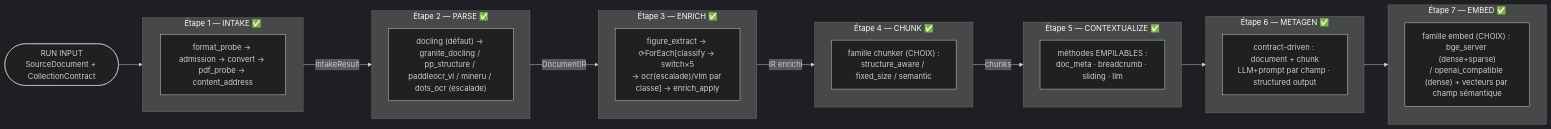
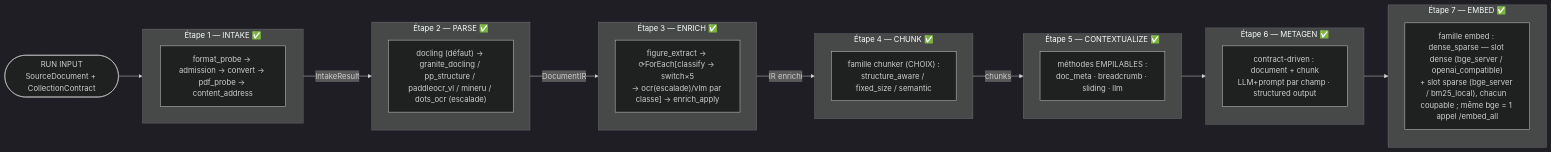
The first of 4 diagrams in src/docforge/PIPELINE.md (Florian-BARRE/DocForge), drawn with Mermaid (dark theme) before and after one commit. The commit also changed other lines of this file and 165 other files, not shown here.

First line of the commit message:
feat(embed): independent dense and sparse provider slots

````diff
--- a/src/docforge/PIPELINE.md
+++ b/src/docforge/PIPELINE.md
@@ -10,35 +10,35 @@
 ```mermaid
 flowchart LR
     RUN(["RUN INPUT<br/>SourceDocument + CollectionContract"])
 
     subgraph S1["Étape 1 — INTAKE ✅"]
         direction LR
         s1["format_probe → admission → convert → pdf_probe → content_address"]
     end
 
     subgraph S2["Étape 2 — PARSE ✅"]
         s2["docling (défaut) → granite_docling / pp_structure / paddleocr_vl / mineru / dots_ocr (escalade)"]
     end
 
     subgraph S3["Étape 3 — ENRICH ✅"]
         s3["figure_extract → ⟳ForEach[classify → switch×5<br/>→ ocr(escalade)/vlm par classe] → enrich_apply"]
     end
 
     subgraph S4["Étape 4 — CHUNK ✅"]
         s4["famille chunker (CHOIX) :<br/>structure_aware / fixed_size / semantic"]
     end
 
     subgraph S5["Étape 5 — CONTEXTUALIZE ✅"]
         s5["méthodes EMPILABLES :<br/>doc_meta · breadcrumb · sliding · llm"]
     end
 
     subgraph S6["Étape 6 — METAGEN ✅"]
         s6["contract-driven : document + chunk<br/>LLM+prompt par champ · structured output"]
     end
 
     subgraph S7["Étape 7 — EMBED ✅"]
-        s7["famille embed (CHOIX) : bge_server (dense+sparse)<br/>/ openai_compatible (dense) + vecteurs par champ sémantique"]
+        s7["famille embed : dense_sparse — slot dense (bge_server / openai_compatible)<br/>+ slot sparse (bge_server / bm25_local), chacun coupable ; même bge = 1 appel /embed_all"]
     end
 
     RUN --> S1 -->|"IntakeResult"| S2 -->|"DocumentIR"| S3 -->|"IR enrichi"| S4 -->|"chunks"| S5 --> S6 --> S7
 ```
````
